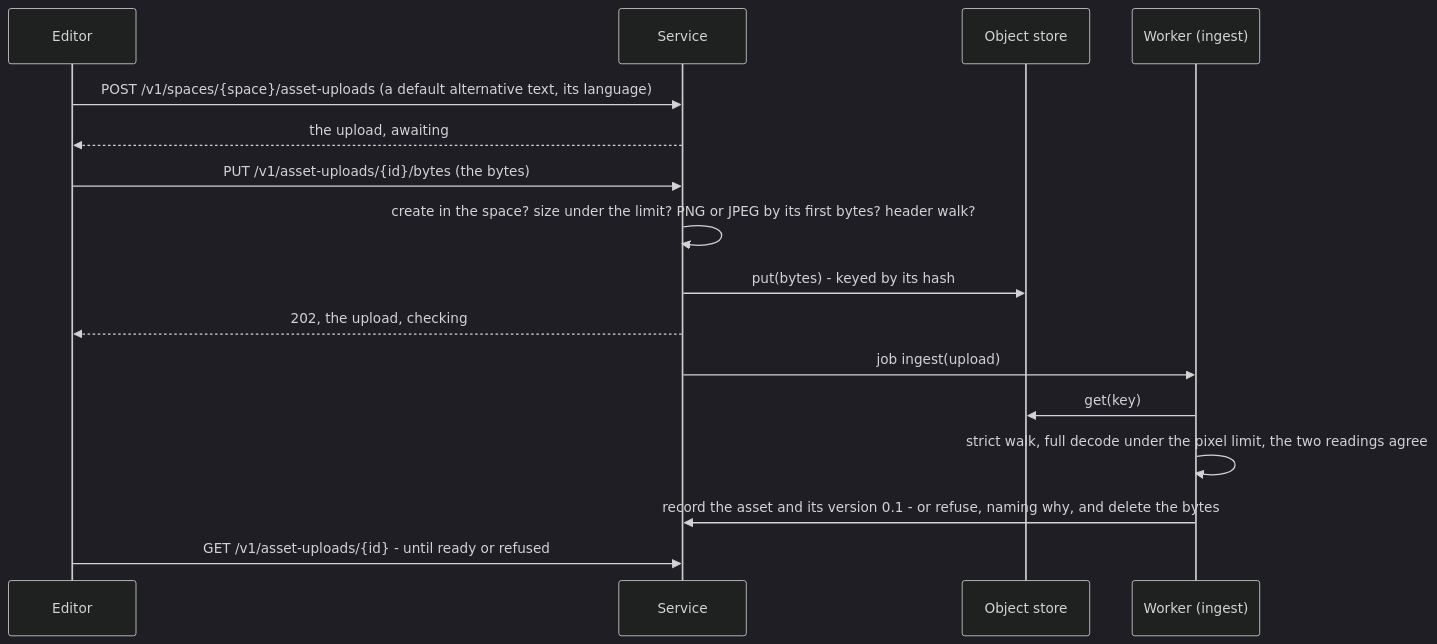
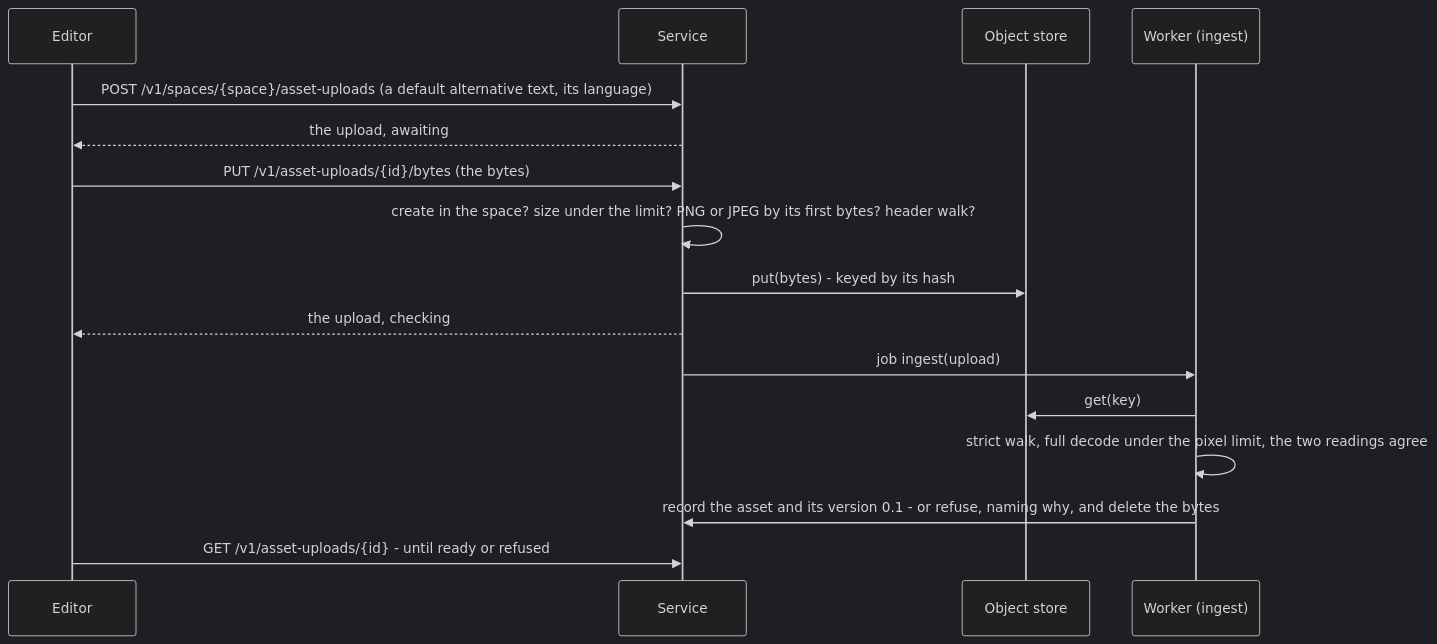
The diagram in docs/design/assets.md (kenhayward/alloy-works), drawn with Mermaid (dark theme) before and after one commit. The commit also changed other lines of this file and 25 other files, not shown here.

````diff
--- a/docs/design/assets.md
+++ b/docs/design/assets.md
@@ -114,18 +122,18 @@
 ```mermaid
 sequenceDiagram
     participant E as Editor
     participant S as Service
     participant O as Object store
     participant W as Worker (ingest)
     E->>S: POST /v1/spaces/{space}/asset-uploads (a default alternative text, its language)
     S-->>E: the upload, awaiting
     E->>S: PUT /v1/asset-uploads/{id}/bytes (the bytes)
     S->>S: create in the space? size under the limit? PNG or JPEG by its first bytes? header walk?
     S->>O: put(bytes) - keyed by its hash
-    S-->>E: 202, the upload, checking
+    S-->>E: the upload, checking
     S->>W: job ingest(upload)
     W->>O: get(key)
     W->>W: strict walk, full decode under the pixel limit, the two readings agree
     W->>S: record the asset and its version 0.1 - or refuse, naming why, and delete the bytes
     E->>S: GET /v1/asset-uploads/{id} - until ready or refused
 ```
````
